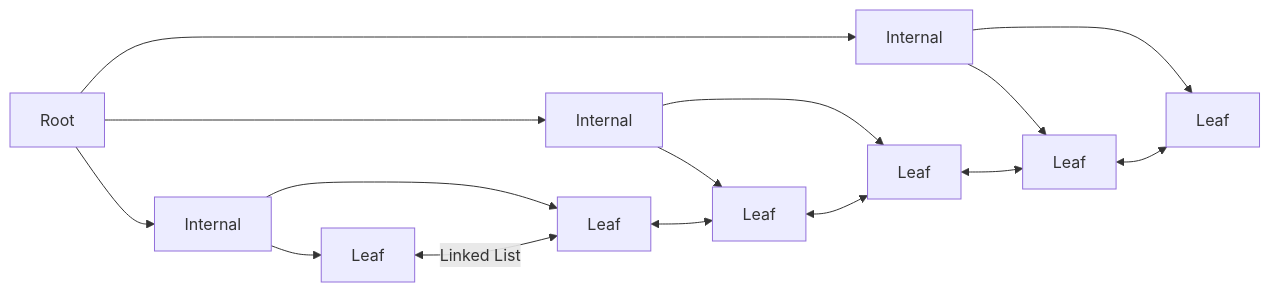
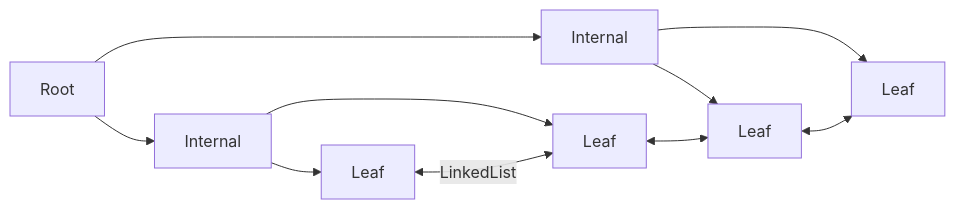
Before and after one commit to yjkim2015/yjkim2015.github.io: the fourth of 10 diagrams in _posts/db/2026-05-01-db-internals.md, drawn with Mermaid. The commit also changed 163 other files, not shown here.

First line of the commit message:
Mermaid 300개 블록 내용 축소: 5노드 5엣지 이하, 의미 있는 약어

````diff
--- a/_posts/db/2026-05-01-db-internals.md
+++ b/_posts/db/2026-05-01-db-internals.md
@@ -120,8 +120,7 @@
 ```mermaid
 graph LR
-    Root --> I1[Internal] & I2[Internal] & I3[Internal]
-    I1 --> L1[Leaf] & L2[Leaf]
-    I2 --> L3[Leaf] & L4[Leaf]
-    I3 --> L5[Leaf] & L6[Leaf]
-    L1 <-->|"Linked List"| L2 <--> L3 <--> L4 <--> L5 <--> L6
+    Root --> I1["Internal"] & I2["Internal"]
+    I1 --> L1["Leaf"] & L2["Leaf"]
+    I2 --> L3["Leaf"] & L4["Leaf"]
+    L1 <-->|"LinkedList"| L2 <--> L3 <--> L4
 ```
````
